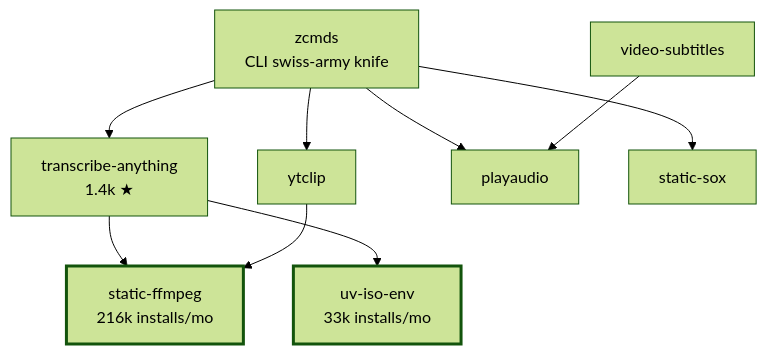
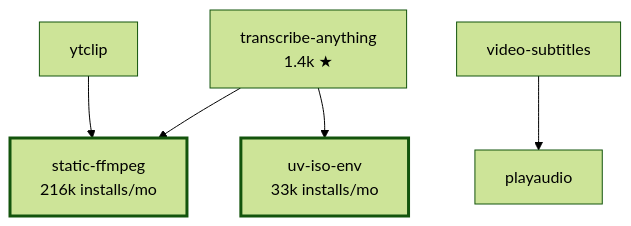
One commit to zackees/zackees changed the diagram in README.md. Above: the diagram before and after it, drawn with Mermaid (forest theme). The commit also changed other lines of this file, not shown here.

````diff
--- a/README.md
+++ b/README.md
@@ -37,23 +67,17 @@
 ```mermaid
 flowchart TD
-    ZC["zcmds<br/>CLI swiss-army knife"]
     TA["transcribe-anything<br/>1.4k ★"]
     YT["ytclip"]
     VS["video-subtitles"]
     PA["playaudio"]
-    SS["static-sox"]
     SF["static-ffmpeg<br/>216k installs/mo"]
     IE["uv-iso-env<br/>33k installs/mo"]
 
-    ZC --> TA
-    ZC --> YT
-    ZC --> PA
-    ZC --> SS
     TA --> SF
     TA --> IE
     YT --> SF
     VS --> PA
 
     classDef base stroke-width:3px
     class SF,IE base
 ```
````
